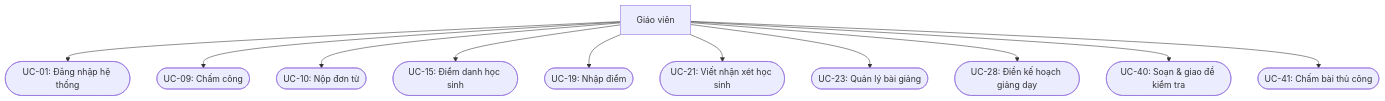
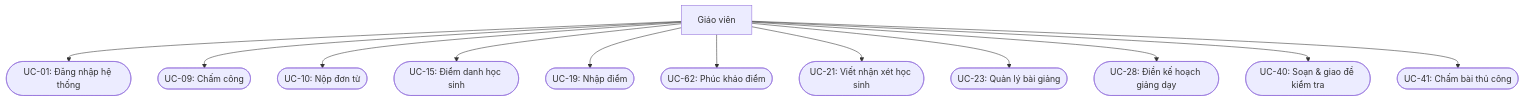
One commit to langtuananh2424/pps-education changed the diagram in docs/diagrams/usecase-actors/UseCase-GiaoVien.mmd. Above: the diagram before and after it, drawn with Mermaid. The commit also changed 43 other files, not shown here.

```diff
--- a/docs/diagrams/usecase-actors/UseCase-GiaoVien.mmd
+++ b/docs/diagrams/usecase-actors/UseCase-GiaoVien.mmd
@@ -1,24 +1,26 @@
 graph TD
     GiaoVien[Giáo viên]
 
     UC01(["UC-01: Đăng nhập hệ thống"])
     UC09(["UC-09: Chấm công"])
     UC10(["UC-10: Nộp đơn từ"])
     UC15(["UC-15: Điểm danh học sinh"])
     UC19(["UC-19: Nhập điểm"])
+    UC62(["UC-62: Phúc khảo điểm"])
     UC21(["UC-21: Viết nhận xét học sinh"])
     UC23(["UC-23: Quản lý bài giảng"])
     UC28(["UC-28: Điền kế hoạch giảng dạy"])
     UC40(["UC-40: Soạn & giao đề kiểm tra"])
     UC41(["UC-41: Chấm bài thủ công"])
 
     GiaoVien --> UC01
     GiaoVien --> UC09
     GiaoVien --> UC10
     GiaoVien --> UC15
     GiaoVien --> UC19
+    GiaoVien --> UC62
     GiaoVien --> UC21
     GiaoVien --> UC23
     GiaoVien --> UC28
     GiaoVien --> UC40
     GiaoVien --> UC41
```
